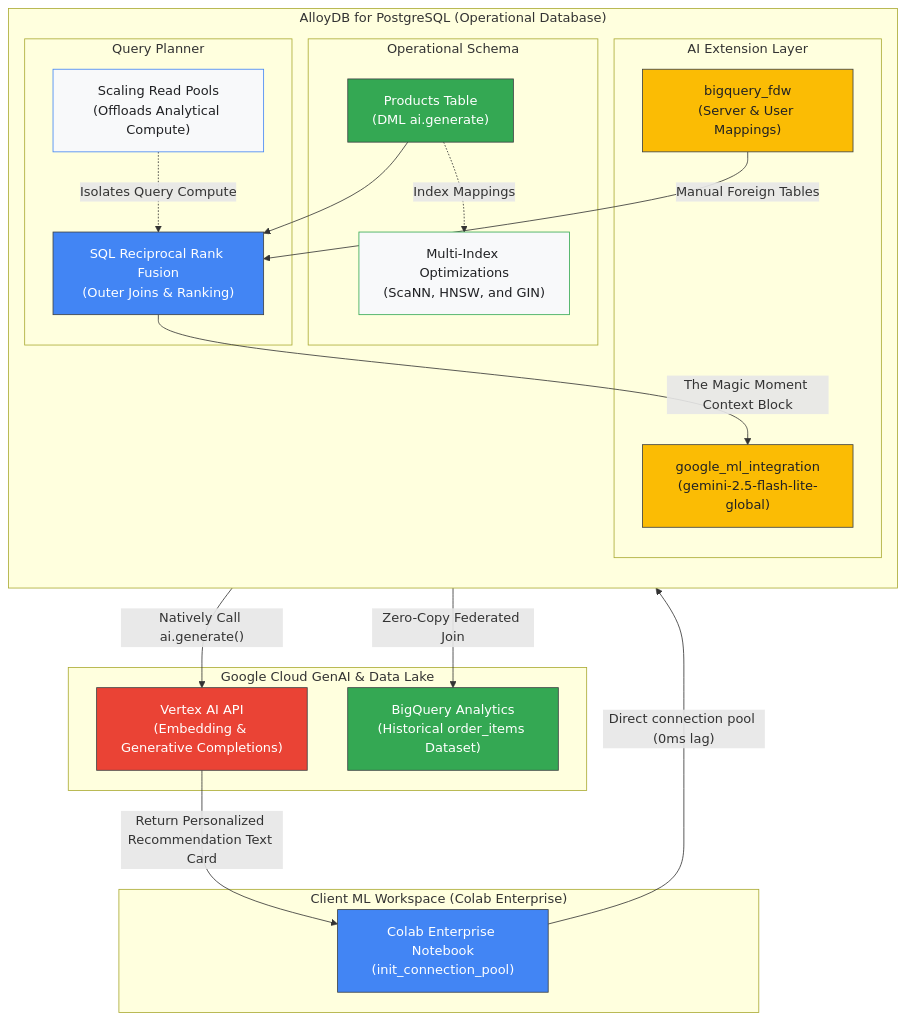
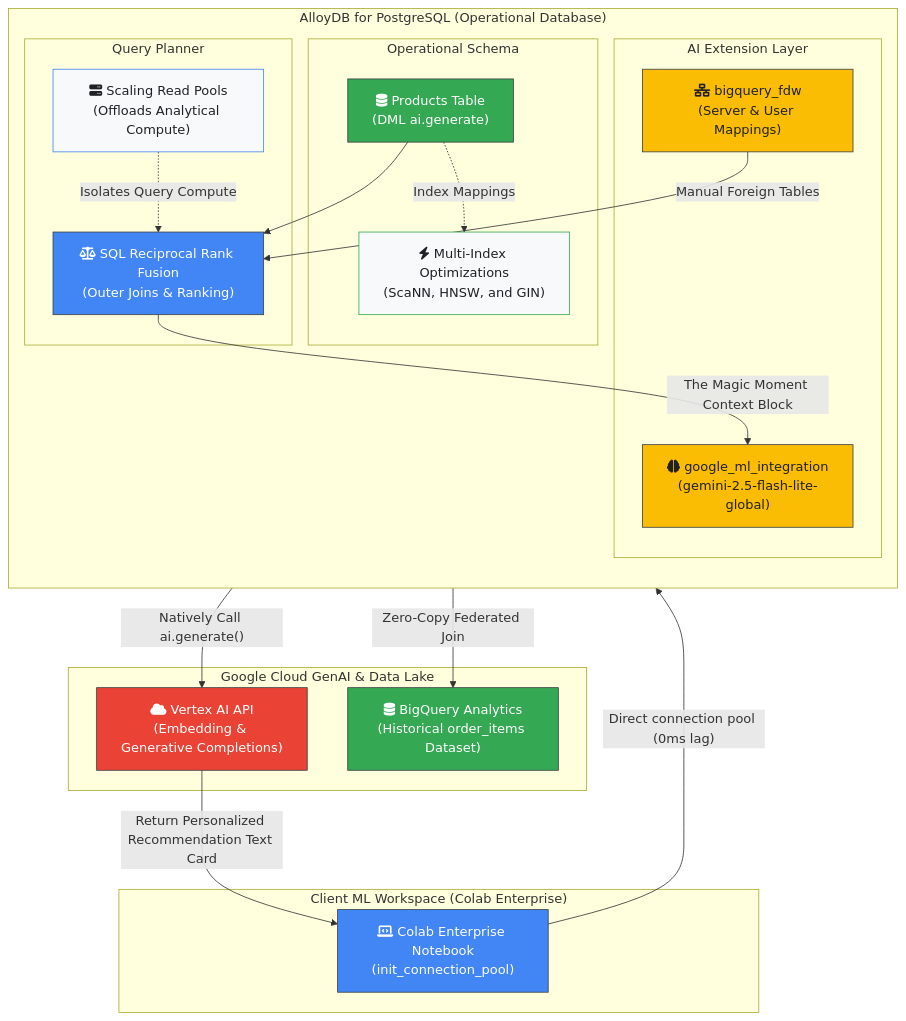
Before and after one commit to GoogleCloudPlatform/cloud-solutions: the diagram in projects/operational-ai-leap/README.md, drawn with Mermaid. The commit also changed other lines of this file and 87 other files, not shown here.

````diff
--- a/projects/operational-ai-leap/README.md
+++ b/projects/operational-ai-leap/README.md
@@ -28,48 +28,48 @@
 ```mermaid
 flowchart TD
     subgraph Client ["Client ML Workspace (Colab Enterprise)"]
-        ColabNotebook["Colab Enterprise Notebook<br>(init_connection_pool)"]
+        ColabNotebook["fa:fa-laptop-code Colab Enterprise Notebook<br>(init_connection_pool)"]
     end
 
     subgraph AlloyDB ["AlloyDB for PostgreSQL (Operational Database)"]
         direction TB
         subgraph Extensions ["AI Extension Layer"]
-            GoogleML["google_ml_integration<br>(gemini-2.5-flash-lite-global)"]
-            BigQueryFDW["bigquery_fdw<br>(Server & User Mappings)"]
+            GoogleML["fa:fa-brain google_ml_integration<br>(gemini-2.5-flash-lite-global)"]
+            BigQueryFDW["fa:fa-network-wired bigquery_fdw<br>(Server & User Mappings)"]
         end
         subgraph Data ["Operational Schema"]
-            LiveProducts["Products Table<br>(DML ai.generate)"]
-            Indices["Multi-Index Optimizations<br>(ScaNN, HNSW, and GIN)"]
+            LiveProducts["fa:fa-database Products Table<br>(DML ai.generate)"]
+            Indices["fa:fa-bolt Multi-Index Optimizations<br>(ScaNN, HNSW, and GIN)"]
             LiveProducts -.->|"Index Mappings"| Indices
         end
         subgraph QueryEngine ["Query Planner"]
-            RRF["SQL Reciprocal Rank Fusion<br>(Outer Joins & Ranking)"]
-            ReadPools["Scaling Read Pools<br>(Offloads Analytical Compute)"]
+            RRF["fa:fa-balance-scale SQL Reciprocal Rank Fusion<br>(Outer Joins & Ranking)"]
+            ReadPools["fa:fa-server Scaling Read Pools<br>(Offloads Analytical Compute)"]
         end
 
         LiveProducts --> RRF
         BigQueryFDW -->|"Manual Foreign Tables"| RRF
     end
 
     subgraph DataCloud ["Google Cloud GenAI & Data Lake"]
-        VertexAI["Vertex AI API<br>(Embedding & Generative Completions)"]
-        BigQueryLake["BigQuery Analytics<br>(Historical order_items Dataset)"]
+        VertexAI["fa:fa-cloud Vertex AI API<br>(Embedding & Generative Completions)"]
+        BigQueryLake["fa:fa-database BigQuery Analytics<br>(Historical order_items Dataset)"]
     end
 
     ColabNotebook -->|"Direct connection pool (0ms lag)"| LiveProducts
     GoogleML -->|"Natively Call ai.generate()"| VertexAI
     BigQueryFDW -->|"Zero-Copy Federated Join"| BigQueryLake
     RRF -->|"The Magic Moment Context Block"| GoogleML
     VertexAI -->|"Return Personalized Recommendation Text Card"| ColabNotebook
     ReadPools -.->|"Isolates Query Compute"| RRF
 
     style ColabNotebook fill:#4285F4,stroke:#3c4043,color:#FFFFFF
     style LiveProducts fill:#34A853,stroke:#3c4043,color:#FFFFFF
     style Indices fill:#F8F9FA,stroke:#34A853,color:#202124
     style GoogleML fill:#FBBC04,stroke:#3c4043,color:#202124
     style BigQueryFDW fill:#FBBC04,stroke:#3c4043,color:#202124
     style RRF fill:#4285F4,stroke:#3c4043,color:#FFFFFF
     style ReadPools fill:#F8F9FA,stroke:#4285F4,color:#202124
     style VertexAI fill:#EA4335,stroke:#3c4043,color:#FFFFFF
     style BigQueryLake fill:#34A853,stroke:#3c4043,color:#FFFFFF
 ```
````
